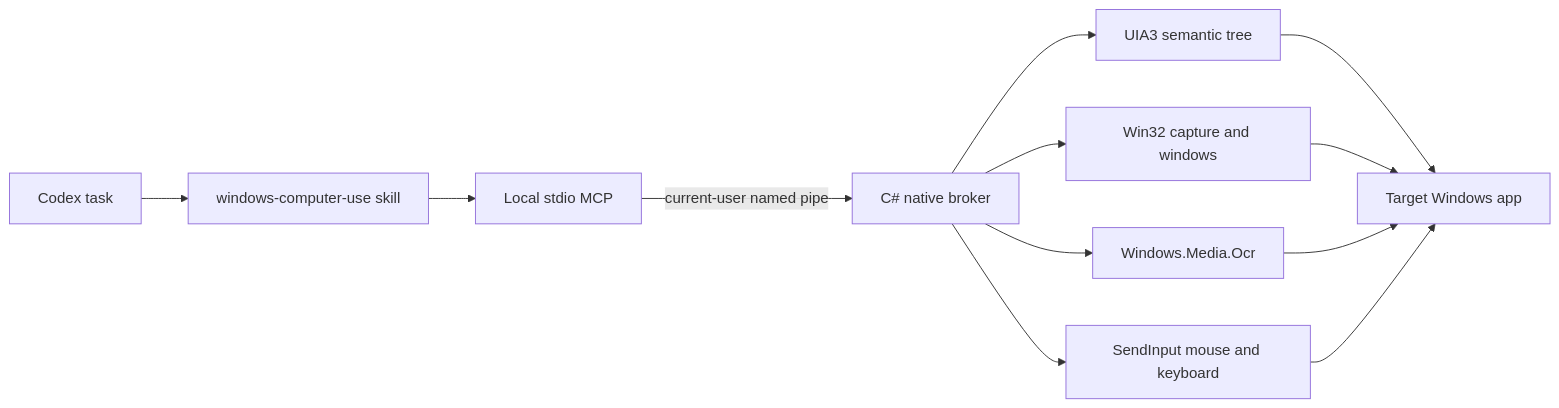
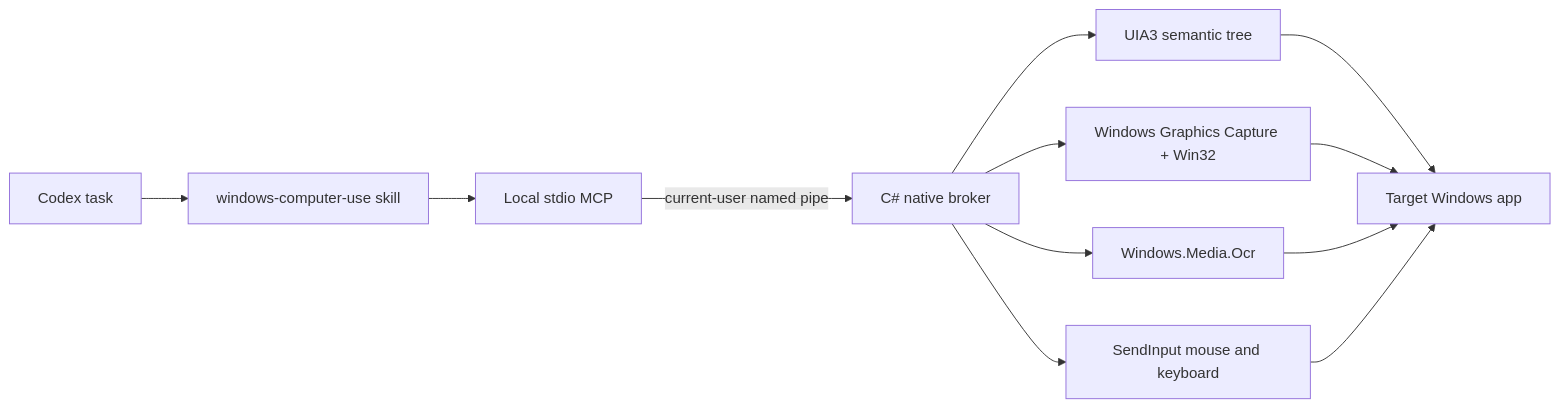
One commit to BraveCowNoFear/windows-computer-use changed the diagram in README.md. Above: the diagram before and after it, drawn with Mermaid. The commit also changed other lines of this file and 21 other files, not shown here.

````diff
--- a/README.md
+++ b/README.md
@@ -26,14 +27,14 @@
 ```mermaid
 flowchart LR
     A["Codex task"] --> B["windows-computer-use skill"]
     B --> C["Local stdio MCP"]
     C -->|"current-user named pipe"| D["C# native broker"]
     D --> E["UIA3 semantic tree"]
-    D --> F["Win32 capture and windows"]
+    D --> F["Windows Graphics Capture + Win32"]
     D --> G["Windows.Media.Ocr"]
     D --> H["SendInput mouse and keyboard"]
     E --> I["Target Windows app"]
     F --> I
     G --> I
     H --> I
 ```
````
